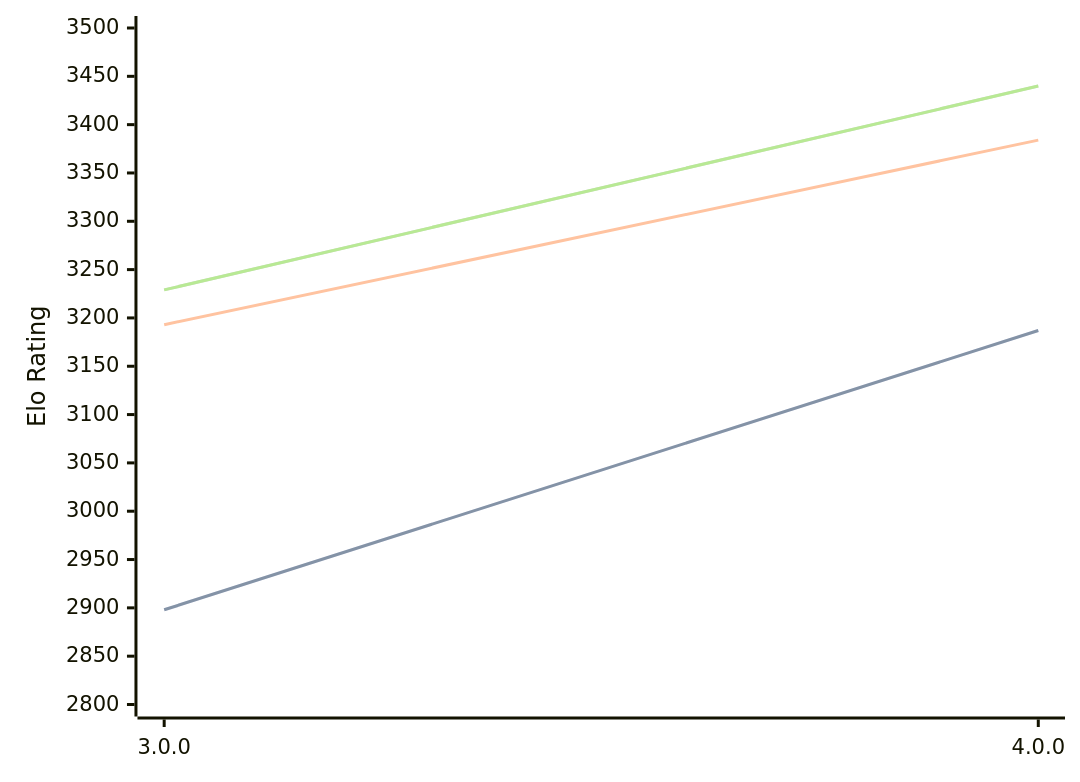
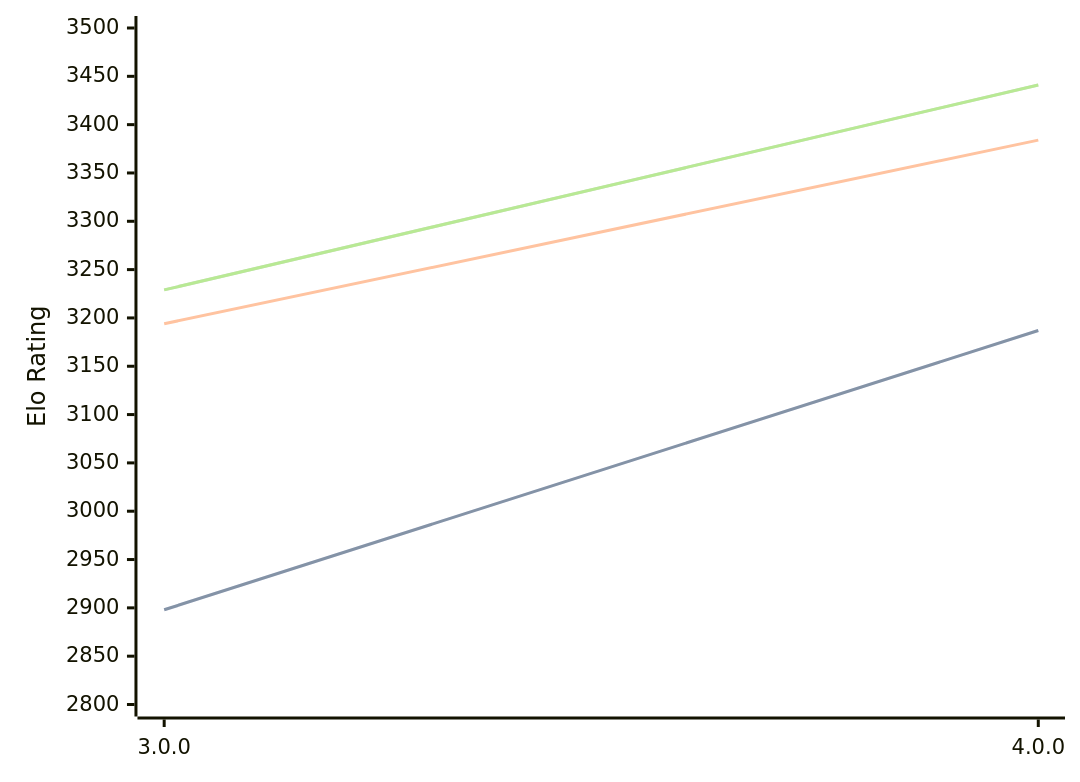
One commit to computer-chess-index/cci changed the diagram in engines/Avalanche.md. Above: the diagram before and after it, drawn with Mermaid. The commit also changed other lines of this file, not shown here.

Commit message:
Update CCI Ratings (ELO VLTC) - 2026-09-09

````diff
--- a/engines/Avalanche.md
+++ b/engines/Avalanche.md
@@ -32,11 +32,11 @@
 ```mermaid
 %%{init: {"theme":"base","themeVariables":{"seriesColors:['#a3a3a3','#222221','#faa371']}}}%%
 xychart-beta
   x-axis ["3.0.0", "4.0.0"]
   y-axis "Elo Rating" 2800 --> 3500
   line "" [2898, 3187]
   line "STC (8.0+0.08s)" [2898, 3187]
-  line "LTC (60.0+0.60s)" [3193, 3384]
-  line "" [3229, 3440]
-  line "VLTC (2m24s+1.12s)" [3229, 3440]
+  line "LTC (60.0+0.60s)" [3194, 3384]
+  line "" [3229, 3441]
+  line "VLTC (2m24s+1.12s)" [3229, 3441]
 ```
````
